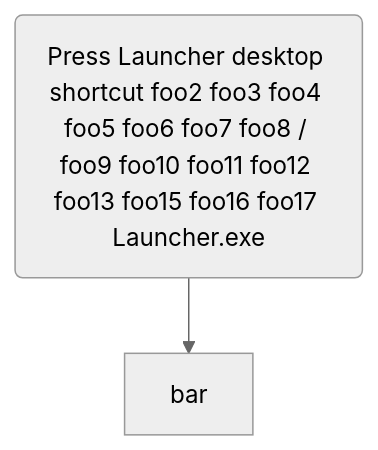
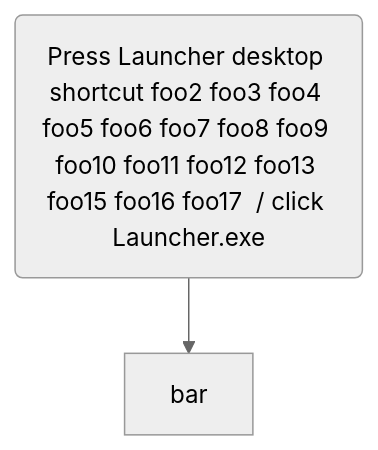
One commit to funjobie/OpenSwordArtsVR changed diagram 15 of 16 in sandbox/MerMaid_diagram_integration.md. Above: the diagram before and after it, drawn with Mermaid (neutral theme). The commit also changed other lines of this file, not shown here.

Commit message:
fix troubleshooting example

````diff
--- a/sandbox/MerMaid_diagram_integration.md
+++ b/sandbox/MerMaid_diagram_integration.md
@@ -200,4 +200,4 @@
 ```mermaid
 flowchart TD
-    foo("Press Launcher desktop shortcut foo2 foo3 foo4 foo5 foo6 foo7 foo8 / foo9 foo10 foo11 foo12 foo13 foo15 foo16 foo17 Launcher.exe") --> bar
+    foo("Press Launcher desktop shortcut foo2 foo3 foo4 foo5 foo6 foo7 foo8 foo9 foo10 foo11 foo12 foo13 foo15 foo16 foo17  / click Launcher.exe") --> bar
 ```
````
